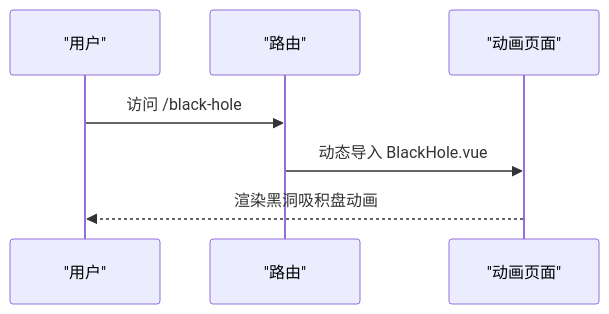
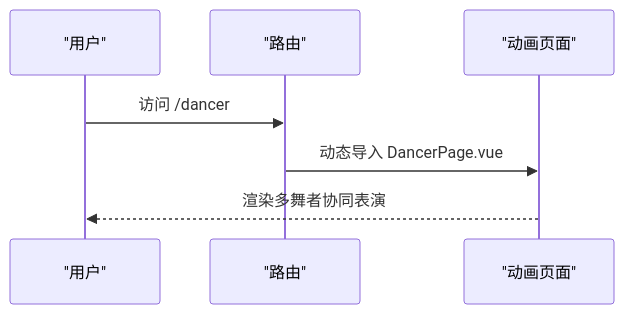
Before and after one commit to yuyezhizhi/yuyezhizhi.github.io: the fourth of 14 diagrams in .qoder/repowiki/zh/content/动画系统/动画系统.md, drawn with Mermaid. The commit also changed other lines of this file and 10 other files, not shown here.

````diff
--- a/.qoder/repowiki/zh/content/动画系统/动画系统.md
+++ b/.qoder/repowiki/zh/content/动画系统/动画系统.md
@@ -157,9 +168,9 @@
 ```mermaid
 sequenceDiagram
 participant U as "用户"
 participant R as "路由"
 participant P as "动画页面"
-U->>R : 访问 /black-hole
-R->>P : 动态导入 BlackHole.vue
-P-->>U : 渲染黑洞吸积盘动画
+U->>R : 访问 /dancer
+R->>P : 动态导入 DancerPage.vue
+P-->>U : 渲染多舞者协同表演
 ```
````
